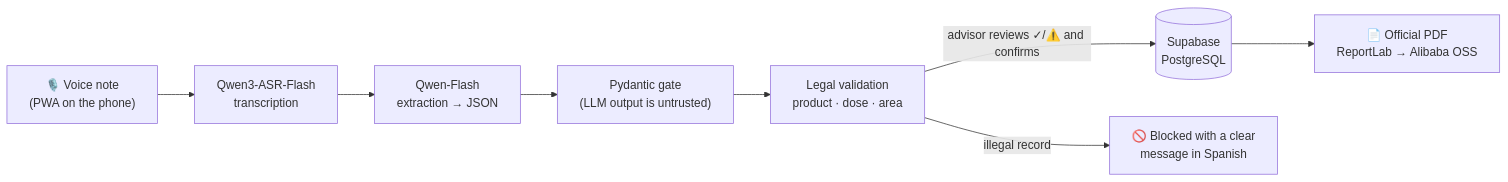
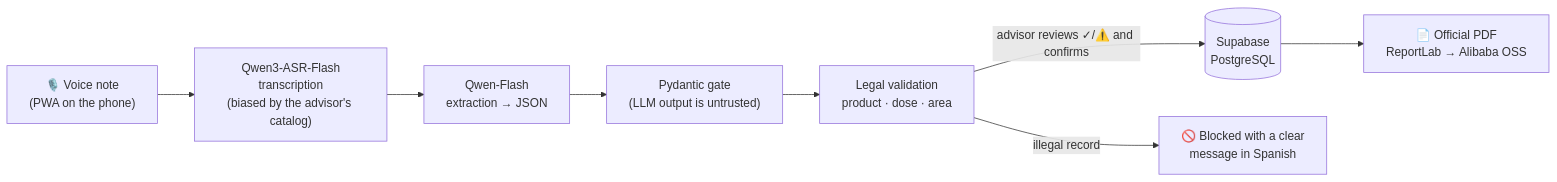
One commit to pedro749-git/agrovoz changed the diagram in README.md. Above: the diagram before and after it, drawn with Mermaid. The commit also changed other lines of this file and 5 other files, not shown here.

````diff
--- a/README.md
+++ b/README.md
@@ -24,10 +24,10 @@
 ```mermaid
 flowchart LR
-    A["🎙️ Voice note<br/>(PWA on the phone)"] --> B["Qwen3-ASR-Flash<br/>transcription"]
+    A["🎙️ Voice note<br/>(PWA on the phone)"] --> B["Qwen3-ASR-Flash<br/>transcription<br/>(biased by the advisor's catalog)"]
     B --> C["Qwen-Flash<br/>extraction → JSON"]
     C --> D["Pydantic gate<br/>(LLM output is untrusted)"]
     D --> E["Legal validation<br/>product · dose · area"]
     E -->|advisor reviews ✓/⚠️ and confirms| F[("Supabase<br/>PostgreSQL")]
     F --> G["📄 Official PDF<br/>ReportLab → Alibaba OSS"]
     E -->|illegal record| X["🚫 Blocked with a clear<br/>message in Spanish"]
 ```
````
